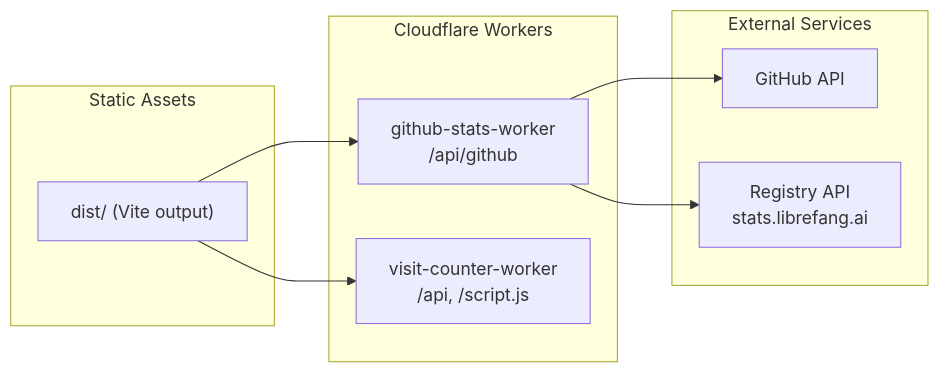
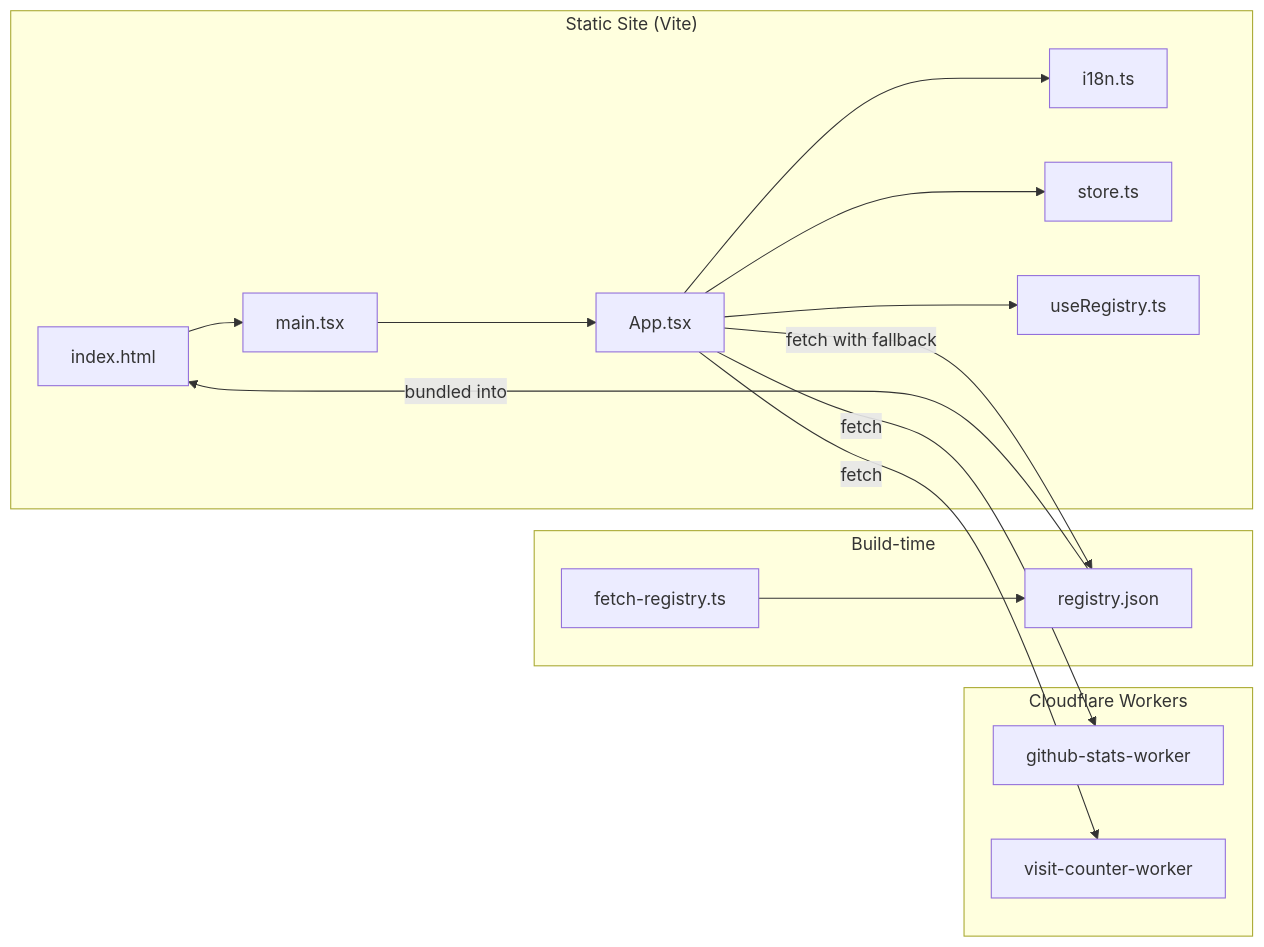
One commit to leszek3737/librefang-WIki changed the diagram in website-web.md. Above: the diagram before and after it, drawn with Mermaid. The commit also changed other lines of this file and 56 other files, not shown here.

````diff
--- a/website-web.md
+++ b/website-web.md
@@ -15,21 +11,24 @@
 ```mermaid
-flowchart LR
-    subgraph "Static Assets"
-        A["dist/ (Vite output)"]
+graph LR
+    subgraph "Static Site (Vite)"
+        A[index.html] --> B[main.tsx]
+        B --> C[App.tsx]
+        C --> D[i18n.ts]
+        C --> E[store.ts]
+        C --> F[useRegistry.ts]
     end
-    
+
+    subgraph "Build-time"
+        S[fetch-registry.ts] --> R[registry.json]
+    end
+
     subgraph "Cloudflare Workers"
-        B["github-stats-worker<br/>/api/github"]
-        C["visit-counter-worker<br/>/api, /script.js"]
+        GW[github-stats-worker]
+        VC[visit-counter-worker]
     end
-    
-    subgraph "External Services"
-        D["GitHub API"]
-        E["Registry API<br/>stats.librefang.ai"]
-    end
-    
-    A --> B
-    A --> C
-    B --> D
-    B --> E
+
+    C -->|fetch| GW
+    C -->|fetch| VC
+    C -->|fetch with fallback| R
+    R -->|bundled into| A
 ```
````
